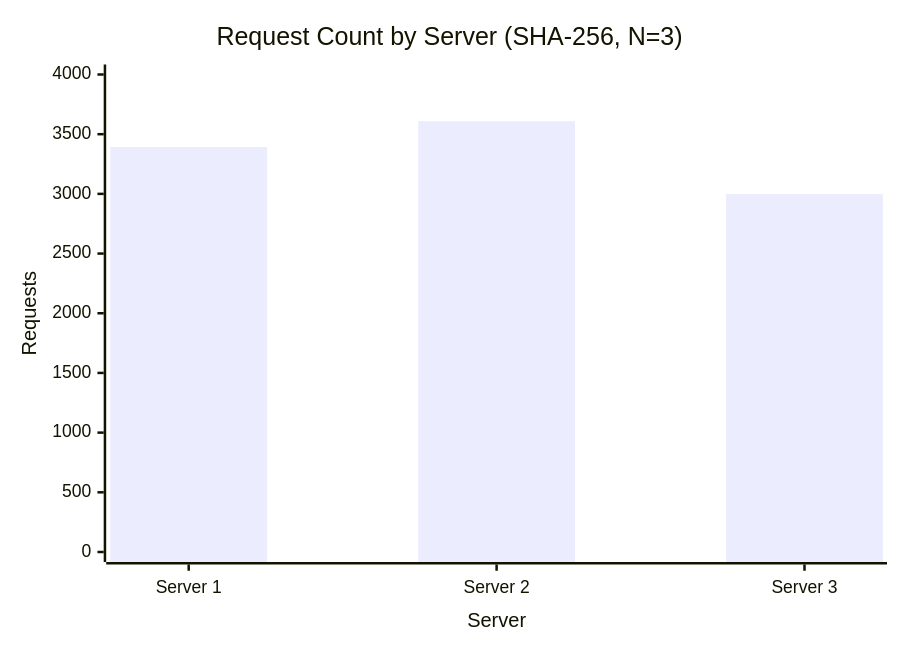
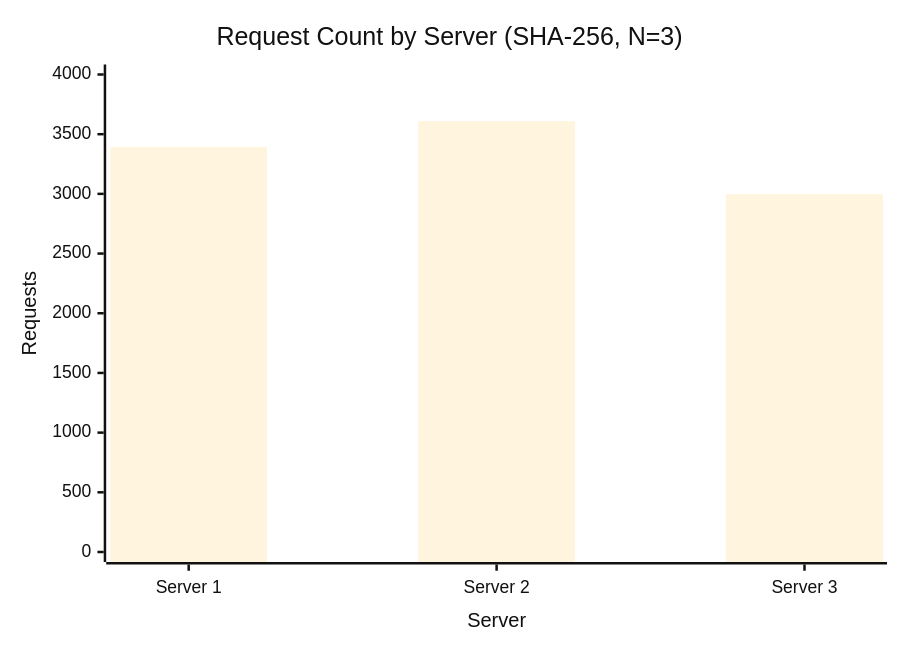
Before and after one commit to AmyMugeni/LoadBalancer: the first of 4 diagrams in README.md, drawn with Mermaid. The commit also changed other lines of this file, not shown here.

Commit message:
add bolder colouurs to the graphs

````diff
--- a/README.md
+++ b/README.md
@@ -304,7 +304,8 @@
 ```mermaid
+%%{init: {'theme': 'base', 'themeVariables': { 'background': '#ffffff', 'primaryColor': '#ff6a00', 'primaryBorderColor': '#ff6a00', 'primaryTextColor': '#111111', 'lineColor': '#0057d9', 'fontSize': '16px' }}}%%
 xychart-beta
   title "Request Count by Server (SHA-256, N=3)"
   x-axis "Server" ["Server 1", "Server 2", "Server 3"]
   y-axis "Requests" 0 --> 4000
   bar [3393, 3609, 2998]
 ```
````
